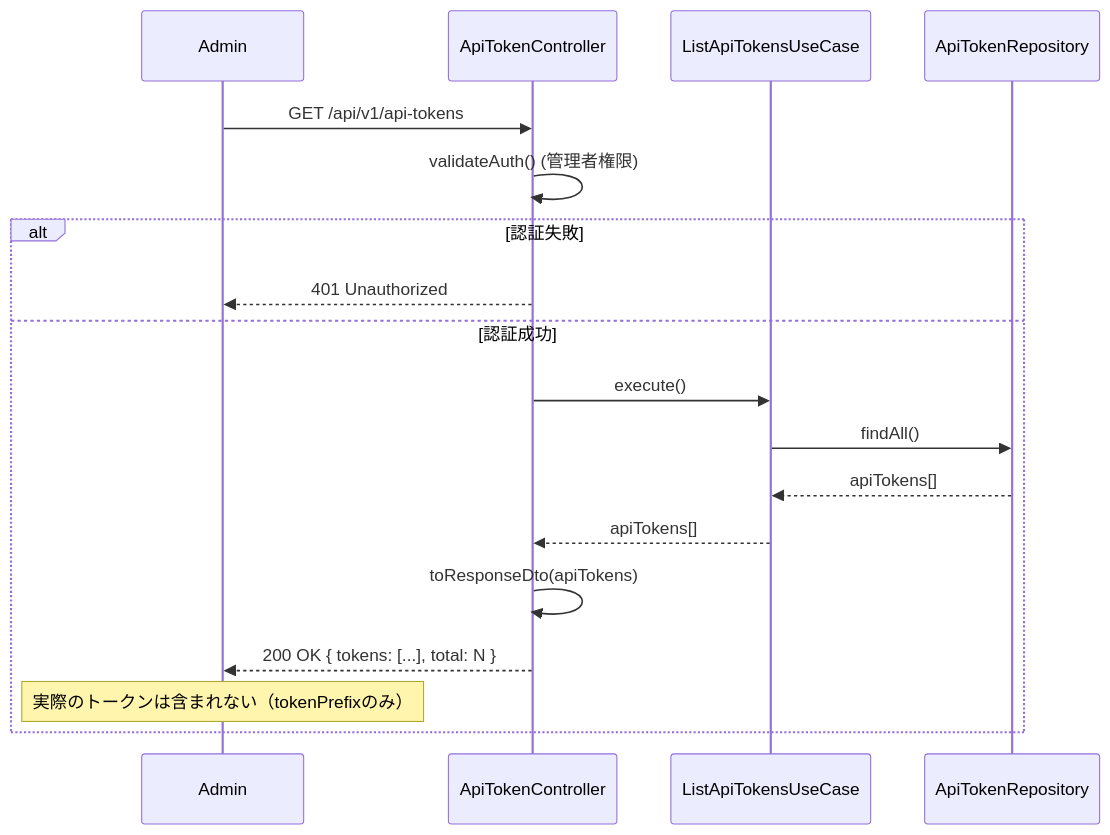
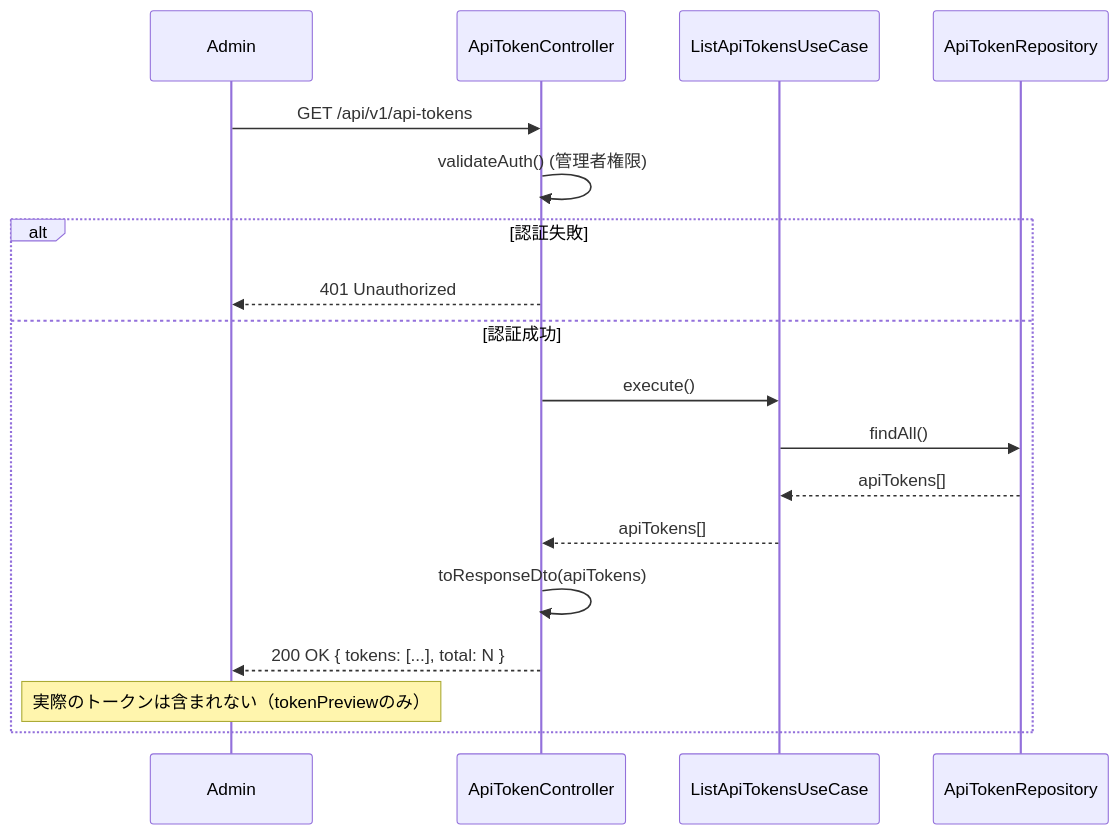
One commit to kencom2400/MrWebDefence-Console changed the second of 6 diagrams in docs/detailed-design/MWD-101_waf-engine-api-token-management/sequence-diagrams.md. Above: the diagram before and after it, drawn with Mermaid. The commit also changed 4 other files, not shown here.

````diff
--- a/docs/detailed-design/MWD-101_waf-engine-api-token-management/sequence-diagrams.md
+++ b/docs/detailed-design/MWD-101_waf-engine-api-token-management/sequence-diagrams.md
@@ -48,26 +48,26 @@
 ```mermaid
 sequenceDiagram
     participant Admin
     participant ApiTokenController
     participant ListApiTokensUseCase
     participant ApiTokenRepository
 
     Admin->>ApiTokenController: GET /api/v1/api-tokens
     ApiTokenController->>ApiTokenController: validateAuth() (管理者権限)
     
     alt 認証失敗
         ApiTokenController-->>Admin: 401 Unauthorized
     else 認証成功
         ApiTokenController->>ListApiTokensUseCase: execute()
         
         ListApiTokensUseCase->>ApiTokenRepository: findAll()
         ApiTokenRepository-->>ListApiTokensUseCase: apiTokens[]
         
         ListApiTokensUseCase-->>ApiTokenController: apiTokens[]
         
         ApiTokenController->>ApiTokenController: toResponseDto(apiTokens)
         ApiTokenController-->>Admin: 200 OK { tokens: [...], total: N }
         
-        Note over Admin: 実際のトークンは含まれない（tokenPrefixのみ）
+        Note over Admin: 実際のトークンは含まれない（tokenPreviewのみ）
     end
 ```
````
